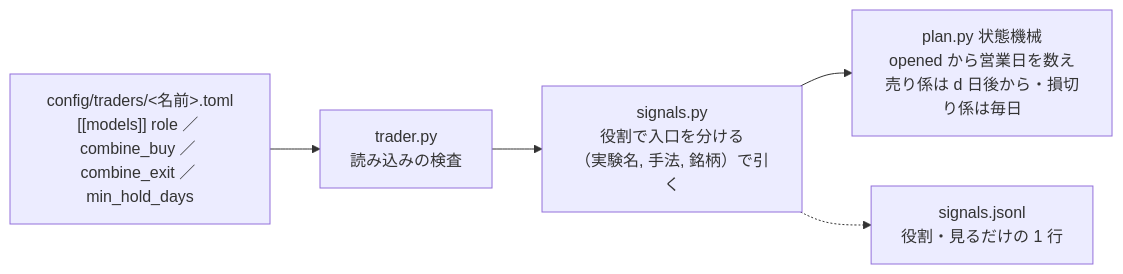
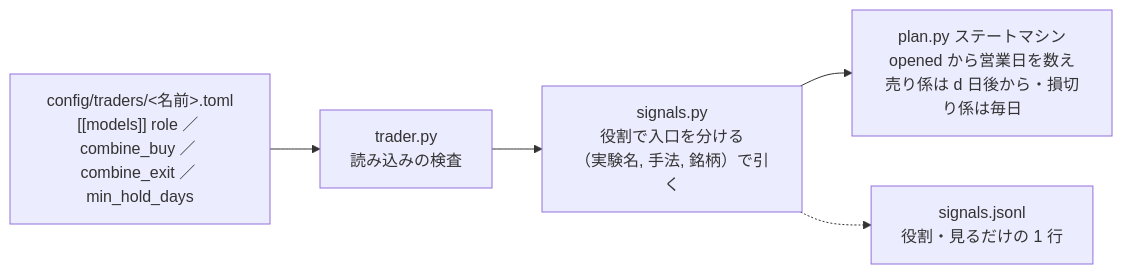
Before and after one commit to akiraak/ai-income-lab: the fifth of 6 diagrams in docs/plans/trader-model-roles.md, drawn with Mermaid. The commit also changed other lines of this file and 45 other files, not shown here.

````diff
--- a/docs/plans/trader-model-roles.md
+++ b/docs/plans/trader-model-roles.md
@@ -183,7 +183,7 @@
 ```mermaid
 flowchart LR
   C["config/traders/<名前>.toml<br/>[[models]] role ／ combine_buy ／ combine_exit ／ min_hold_days"] --> TR["trader.py<br/>読み込みの検査"]
   TR --> SG["signals.py<br/>役割で入口を分ける<br/>（実験名, 手法, 銘柄）で引く"]
-  SG --> PL["plan.py 状態機械<br/>opened から営業日を数え<br/>売り係は d 日後から・損切り係は毎日"]
+  SG --> PL["plan.py ステートマシン<br/>opened から営業日を数え<br/>売り係は d 日後から・損切り係は毎日"]
   SG -.-> REC["signals.jsonl<br/>役割・見るだけの 1 行"]
 ```
````
